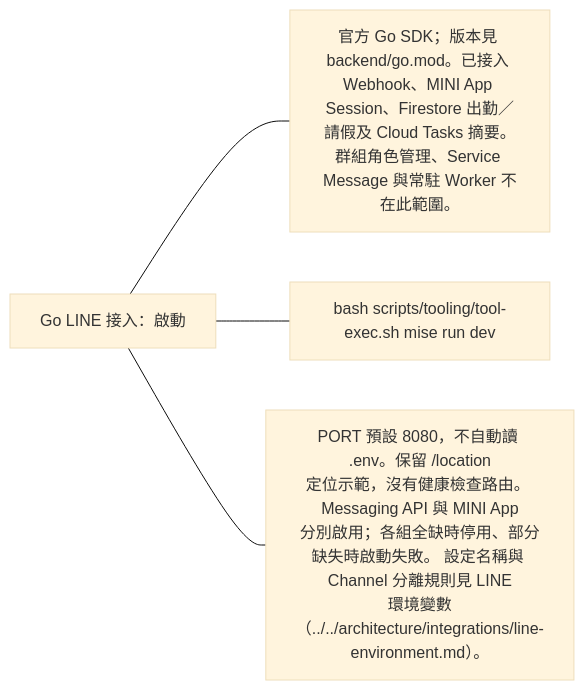
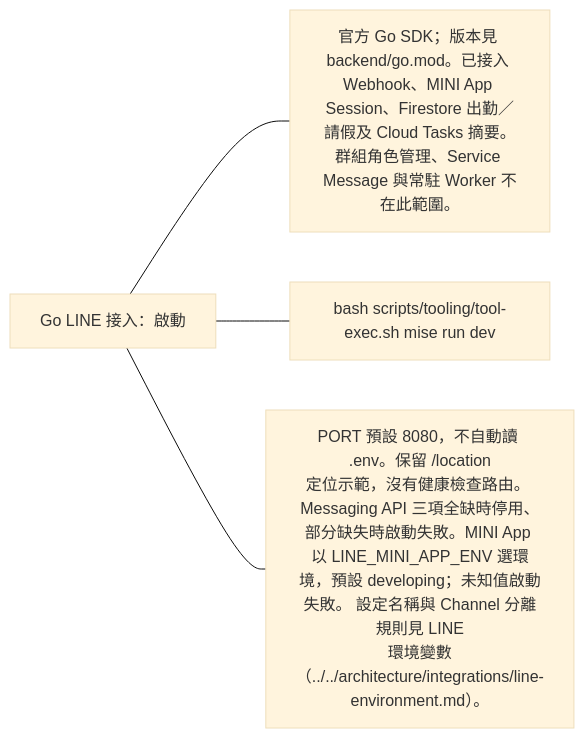
Before and after one commit to 963sup/line-mini-app-bot: the first of 2 diagrams in docs/guides/line-setup/README.md, drawn with Mermaid (base theme). The commit also changed 12 other files, not shown here.

First line of the commit message:
feat(miniapp): select built-in public LINE environment profiles (#29)

````diff
--- a/docs/guides/line-setup/README.md
+++ b/docs/guides/line-setup/README.md
@@ -3,7 +3,7 @@
 ```mermaid
 flowchart LR
   h["Go LINE 接入：啟動"]
   h --- scope["官方 Go SDK；版本見 backend/go.mod。已接入 Webhook、MINI App Session、Firestore 出勤／請假及 Cloud Tasks 摘要。群組角色管理、Service Message 與常駐 Worker 不在此範圍。"]
   h --- n0["bash scripts/tooling/tool-exec.sh mise run dev"]
-  h --- n1["PORT 預設 8080，不自動讀 .env。保留 /location<br/>定位示範，沒有健康檢查路由。 Messaging API 與 MINI App<br/>分別啟用；各組全缺時停用、部分缺失時啟動失敗。 設定名稱與 Channel 分離規則見 LINE<br/>環境變數（../../architecture/integrations/line-environment.md）。"]
+  h --- n1["PORT 預設 8080，不自動讀 .env。保留 /location<br/>定位示範，沒有健康檢查路由。 Messaging API 三項全缺時停用、部分缺失時啟動失敗。MINI App 以 LINE_MINI_APP_ENV 選環境，預設 developing；未知值啟動失敗。 設定名稱與 Channel 分離規則見 LINE<br/>環境變數（../../architecture/integrations/line-environment.md）。"]
 ```
````
